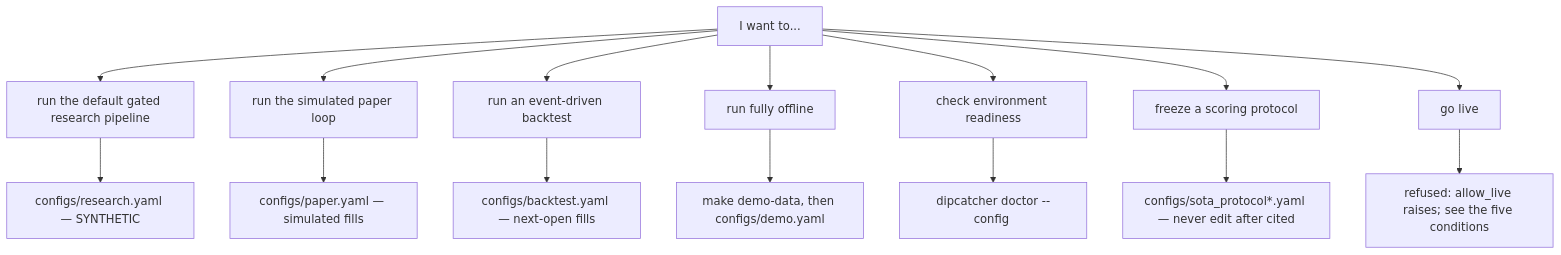
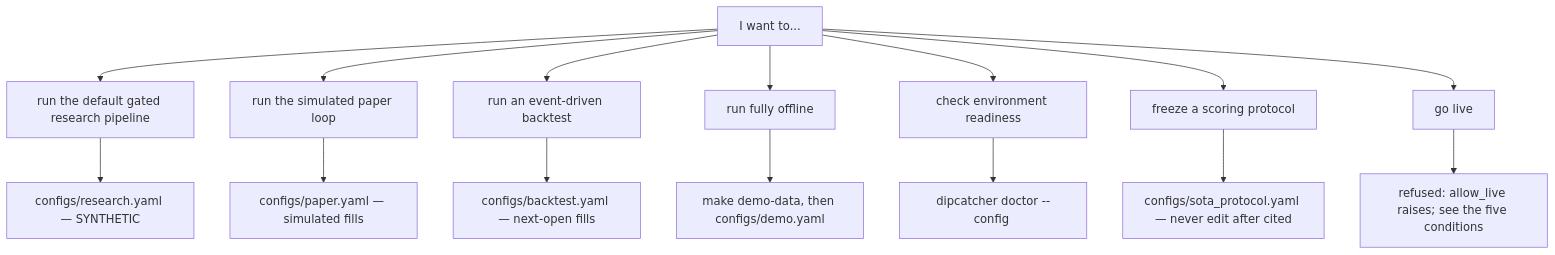
Diagram 27 of 32 in README.md (artificial-hedge/dipcatcher), drawn with Mermaid before and after one commit. The commit also changed other lines of this file and 5 other files, not shown here.

````diff
--- a/README.md
+++ b/README.md
@@ -2035,10 +2035,10 @@
 ```mermaid
 flowchart TD
   S["I want to..."] --> A["run the default gated research pipeline"] --> AR["configs/research.yaml — SYNTHETIC"]
   S --> B["run the simulated paper loop"] --> BR["configs/paper.yaml — simulated fills"]
   S --> C["run an event-driven backtest"] --> CR["configs/backtest.yaml — next-open fills"]
   S --> D["run fully offline"] --> DR["make demo-data, then configs/demo.yaml"]
   S --> E["check environment readiness"] --> ER["dipcatcher doctor --config <cfg>"]
-  S --> F["freeze a scoring protocol"] --> FR["configs/sota_protocol*.yaml — never edit after cited"]
+  S --> F["freeze a scoring protocol"] --> FR["configs/sota_protocol.yaml — never edit after cited"]
   S --> G["go live"] --> GR["refused: allow_live raises; see the five conditions"]
 ```
````
